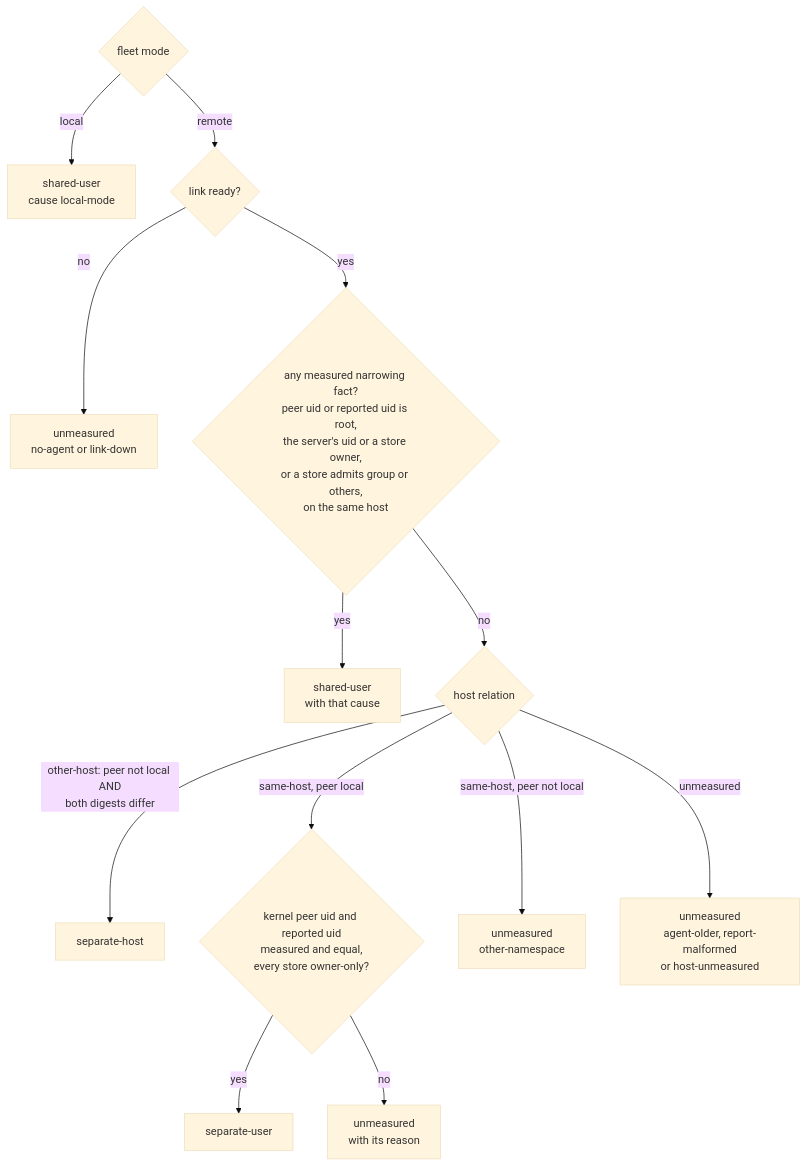
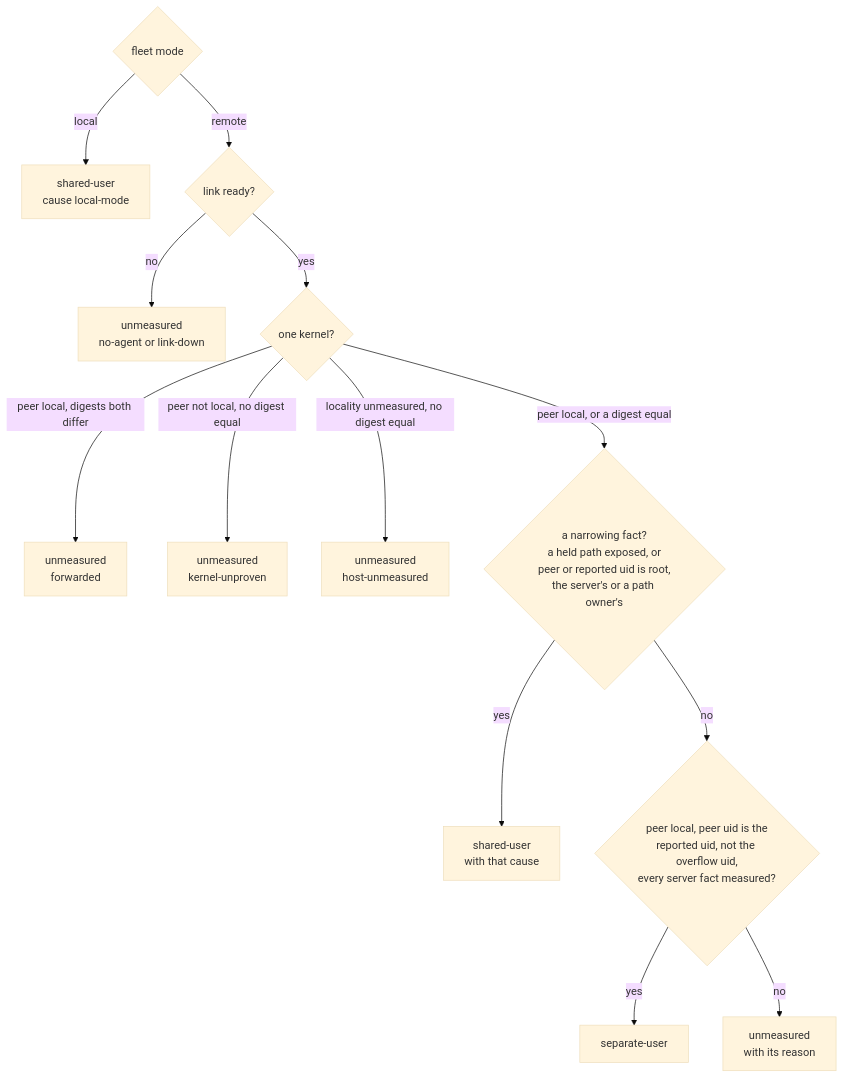
One commit to Synapsium-Labs/ccrc-pwa changed the first of 3 diagrams in docs/superpowers/plans/2026-11-14-overlord-w1/w1-isolation.md. Above: the diagram before and after it, drawn with Mermaid (base theme). The commit also changed other lines of this file, not shown here.

````diff
--- a/docs/superpowers/plans/2026-11-14-overlord-w1/w1-isolation.md
+++ b/docs/superpowers/plans/2026-11-14-overlord-w1/w1-isolation.md
@@ -226,15 +306,15 @@
 ```mermaid
 flowchart TD
   M{"fleet mode"} -->|"local"| L["shared-user<br/>cause local-mode"]
   M -->|"remote"| R{"link ready?"}
   R -->|"no"| U1["unmeasured<br/>no-agent or link-down"]
-  R -->|"yes"| N{"any measured narrowing fact?<br/>peer uid or reported uid is root,<br/>the server's uid or a store owner,<br/>or a store admits group or others,<br/>on the same host"}
+  R -->|"yes"| K{"one kernel?"}
+  K -->|"peer local, digests both differ"| UF["unmeasured<br/>forwarded"]
+  K -->|"peer not local, no digest equal"| UK["unmeasured<br/>kernel-unproven"]
+  K -->|"locality unmeasured, no digest equal"| UH["unmeasured<br/>host-unmeasured"]
+  K -->|"peer local, or a digest equal"| N{"a narrowing fact?<br/>a held path exposed, or<br/>peer or reported uid is root,<br/>the server's or a path owner's"}
   N -->|"yes"| SU["shared-user<br/>with that cause"]
-  N -->|"no"| H{"host relation"}
-  H -->|"other-host: peer not local AND<br/>both digests differ"| SH["separate-host"]
-  H -->|"same-host, peer local"| SEP{"kernel peer uid and reported uid<br/>measured and equal,<br/>every store owner-only?"}
+  N -->|"no"| SEP{"peer local, peer uid is the<br/>reported uid, not the overflow uid,<br/>every server fact measured?"}
   SEP -->|"yes"| SEPU["separate-user"]
   SEP -->|"no"| U2["unmeasured<br/>with its reason"]
-  H -->|"same-host, peer not local"| U3["unmeasured<br/>other-namespace"]
-  H -->|"unmeasured"| U4["unmeasured<br/>agent-older, report-malformed<br/>or host-unmeasured"]
 ```
````
